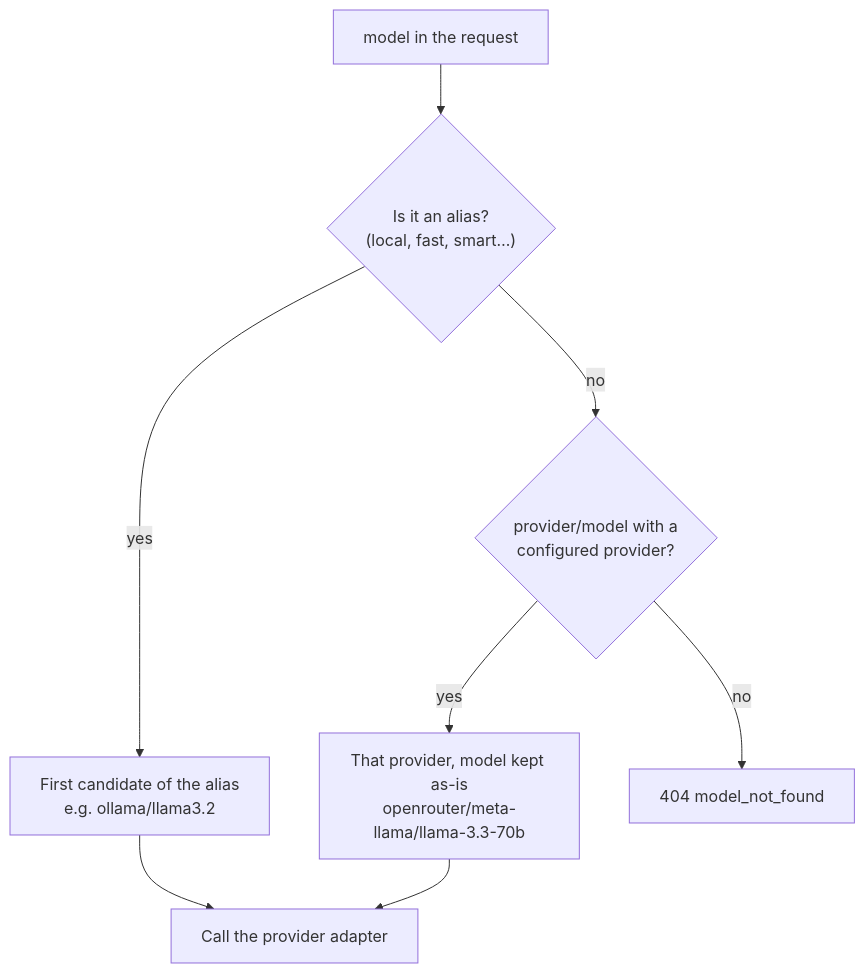
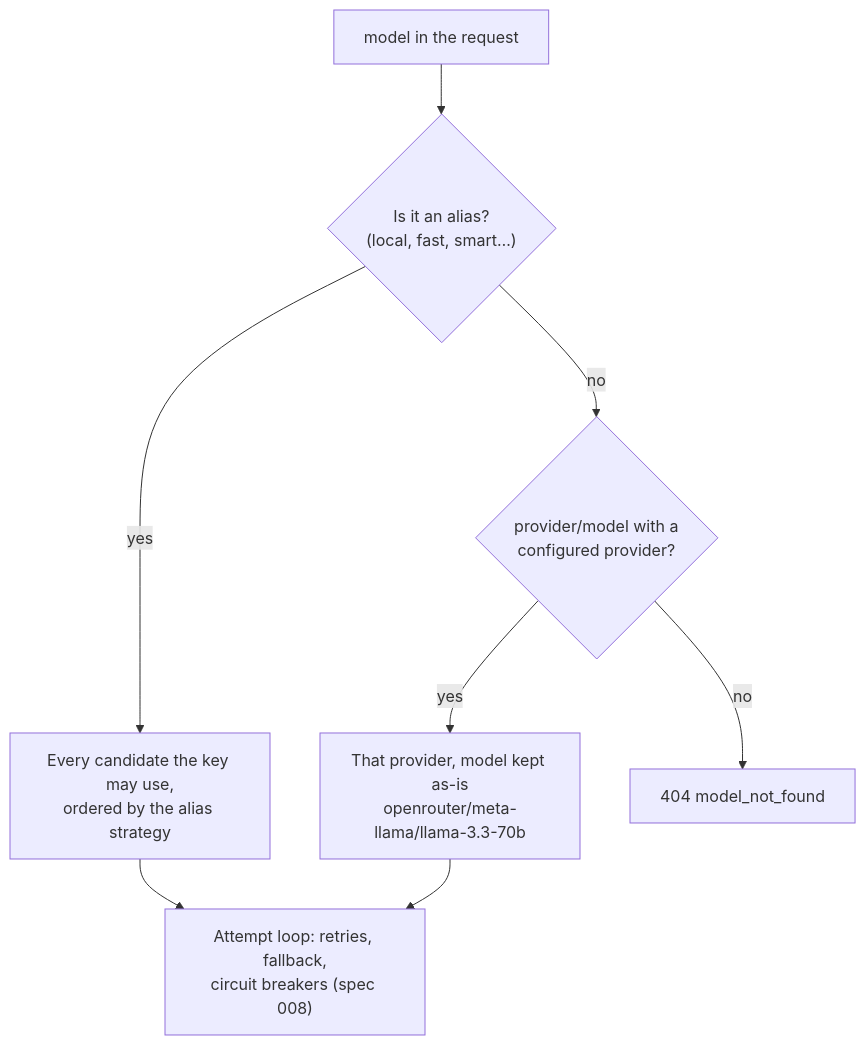
The third of 7 diagrams in README.md (thisanches07/switchyard), drawn with Mermaid before and after one commit. The commit also changed other lines of this file and 4 other files, not shown here.

Commit message:
docs(routing): README, architecture, threat model and verification for spec 008 [spec-008]

````diff
--- a/README.md
+++ b/README.md
@@ -294,10 +299,10 @@
 ```mermaid
 flowchart TD
   M["model in the request"] --> A{"Is it an alias?<br/>(local, fast, smart…)"}
-  A -- yes --> F["First candidate of the alias<br/>e.g. ollama/llama3.2"]
+  A -- yes --> F["Every candidate the key may use,<br/>ordered by the alias strategy"]
   A -- no --> S{"provider/model with a<br/>configured provider?"}
   S -- yes --> D["That provider, model kept as-is<br/>openrouter/meta-llama/llama-3.3-70b"]
   S -- no --> N["404 model_not_found"]
-  F --> CALL["Call the provider adapter"]
+  F --> CALL["Attempt loop: retries, fallback,<br/>circuit breakers (spec 008)"]
   D --> CALL
 ```
````
